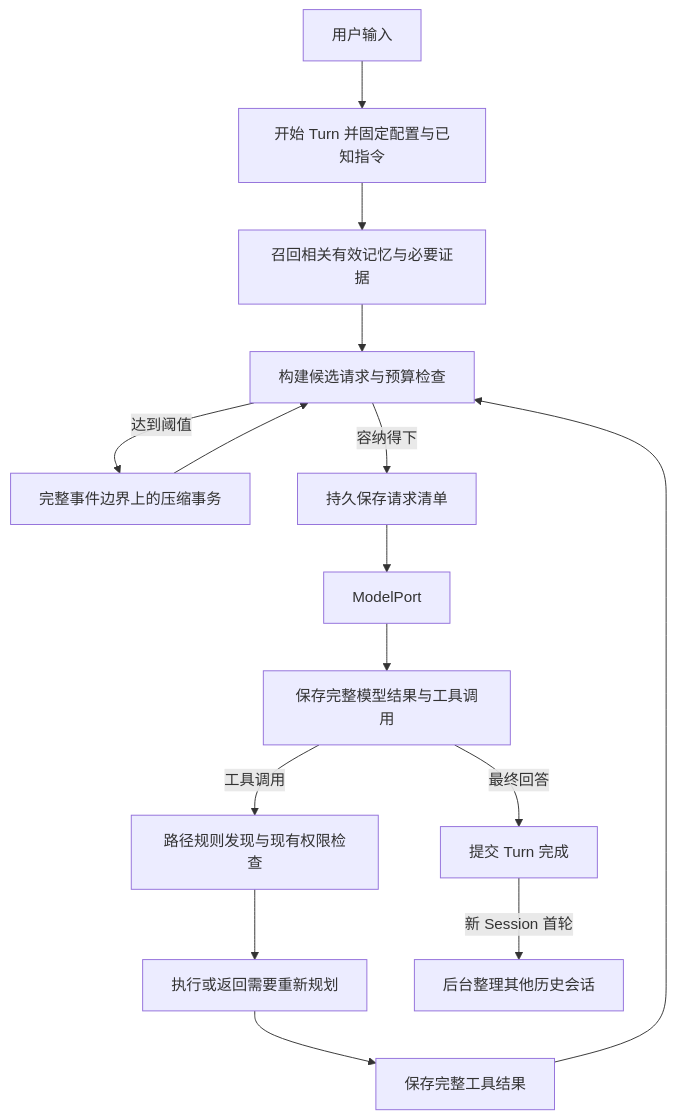
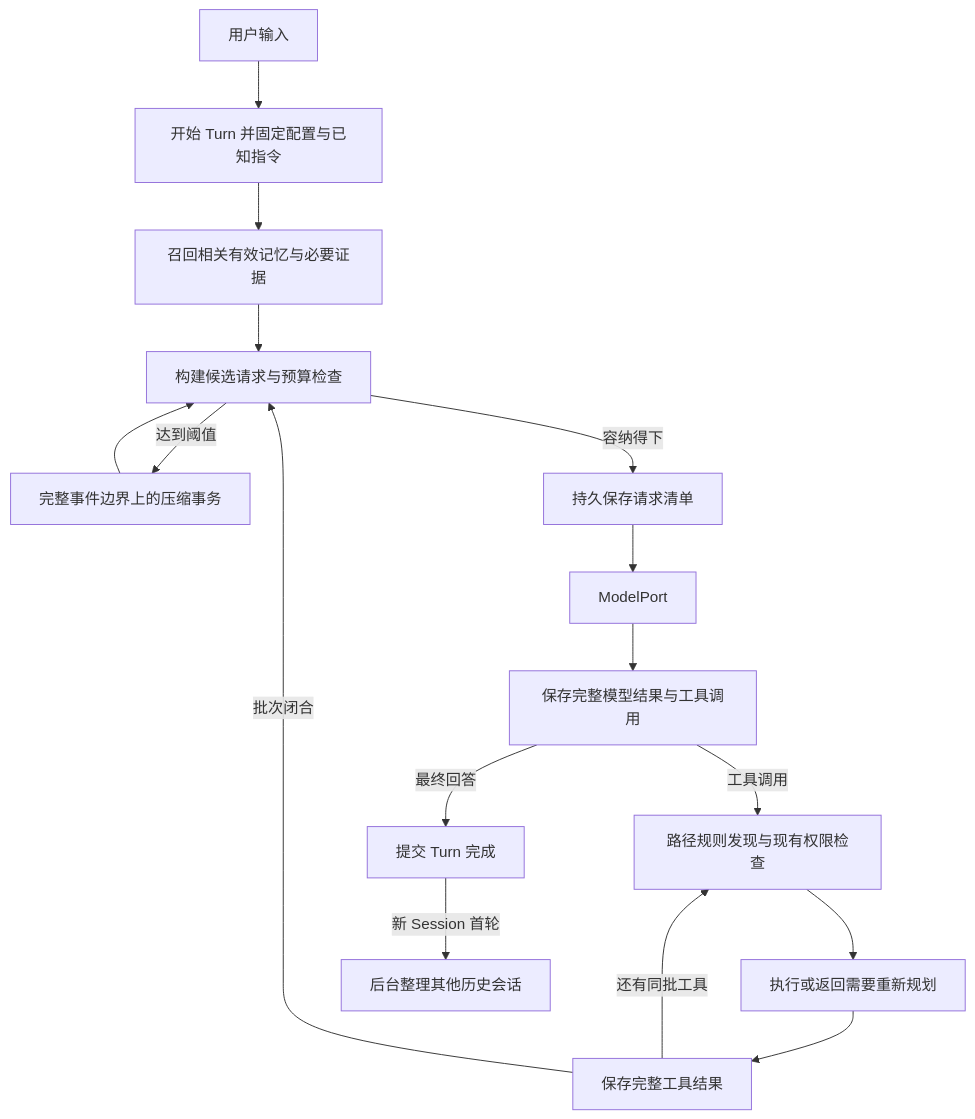
The diagram in docs/architecture/v0.5-context-memory.md (StoicLD/JDAgent), drawn with Mermaid before and after one commit. The commit also changed other lines of this file and 10 other files, not shown here.

````diff
--- a/docs/architecture/v0.5-context-memory.md
+++ b/docs/architecture/v0.5-context-memory.md
@@ -42,17 +43,18 @@
 ```mermaid
 flowchart TD
     U[用户输入] --> T[开始 Turn 并固定配置与已知指令]
     T --> R[召回相关有效记忆与必要证据]
     R --> P[构建候选请求与预算检查]
     P -->|达到阈值| C[完整事件边界上的压缩事务]
     C --> P
     P -->|容纳得下| S[持久保存请求清单]
     S --> M[ModelPort]
     M --> E[保存完整模型结果与工具调用]
     E -->|工具调用| D[路径规则发现与现有权限检查]
     D --> X[执行或返回需要重新规划]
     X --> J[保存完整工具结果]
-    J --> P
+    J -->|还有同批工具| D
+    J -->|批次闭合| P
     E -->|最终回答| F[提交 Turn 完成]
     F -->|新 Session 首轮| B[后台整理其他历史会话]
 ```
````
